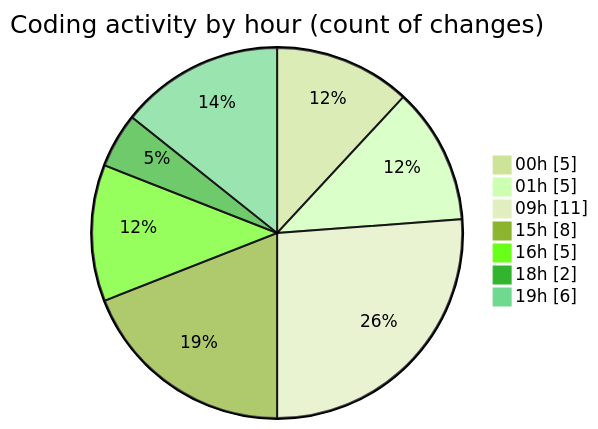
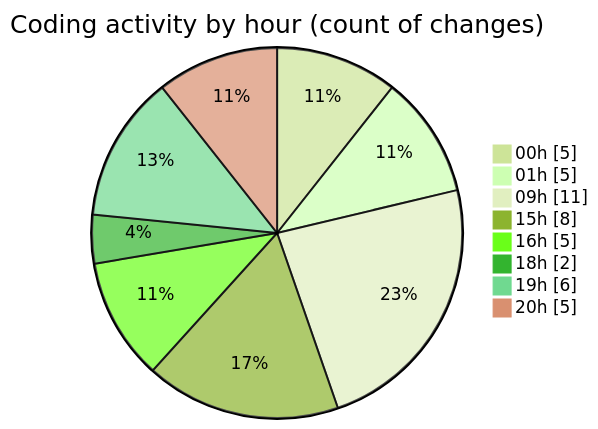
The second of 2 diagrams in 2025-07-12/ribbon/README.md (EIIisD/code-tracking), drawn with Mermaid (forest theme) before and after one commit. The commit also changed other lines of this file and 1 other file, not shown here.

````diff
--- a/2025-07-12/ribbon/README.md
+++ b/2025-07-12/ribbon/README.md
@@ -40,11 +42,12 @@
 ```mermaid
 pie showData
 title Coding activity by hour (count of changes)
 "00h" : 5
 "01h" : 5
 "09h" : 11
 "15h" : 8
 "16h" : 5
 "18h" : 2
 "19h" : 6
+"20h" : 5
 ```
````
